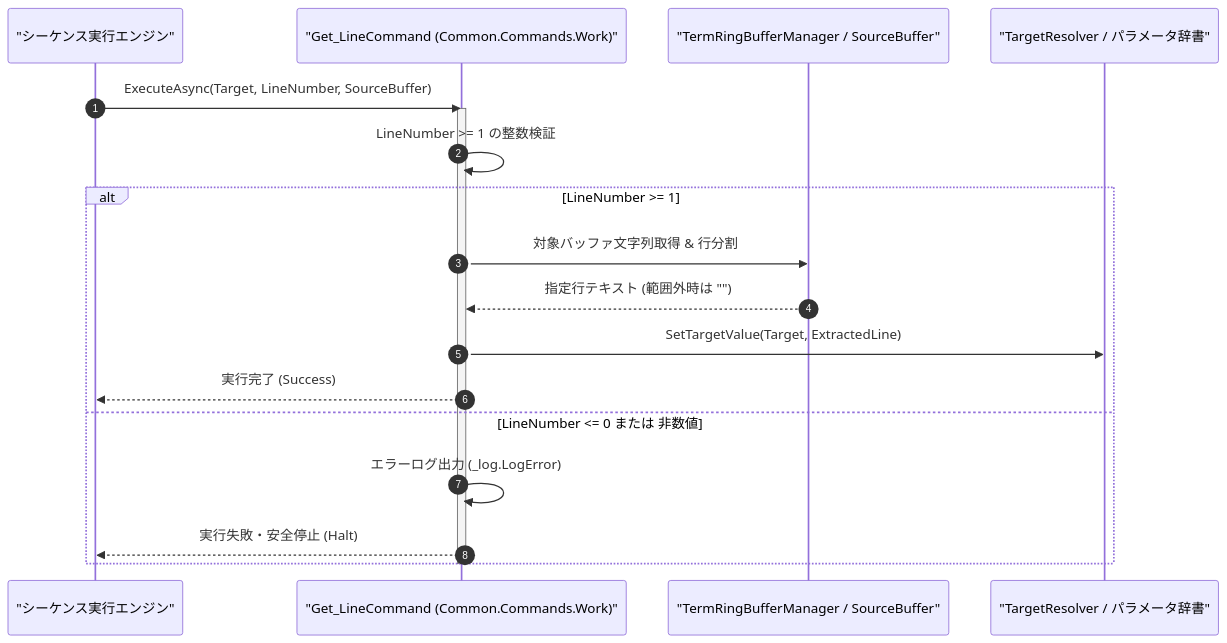
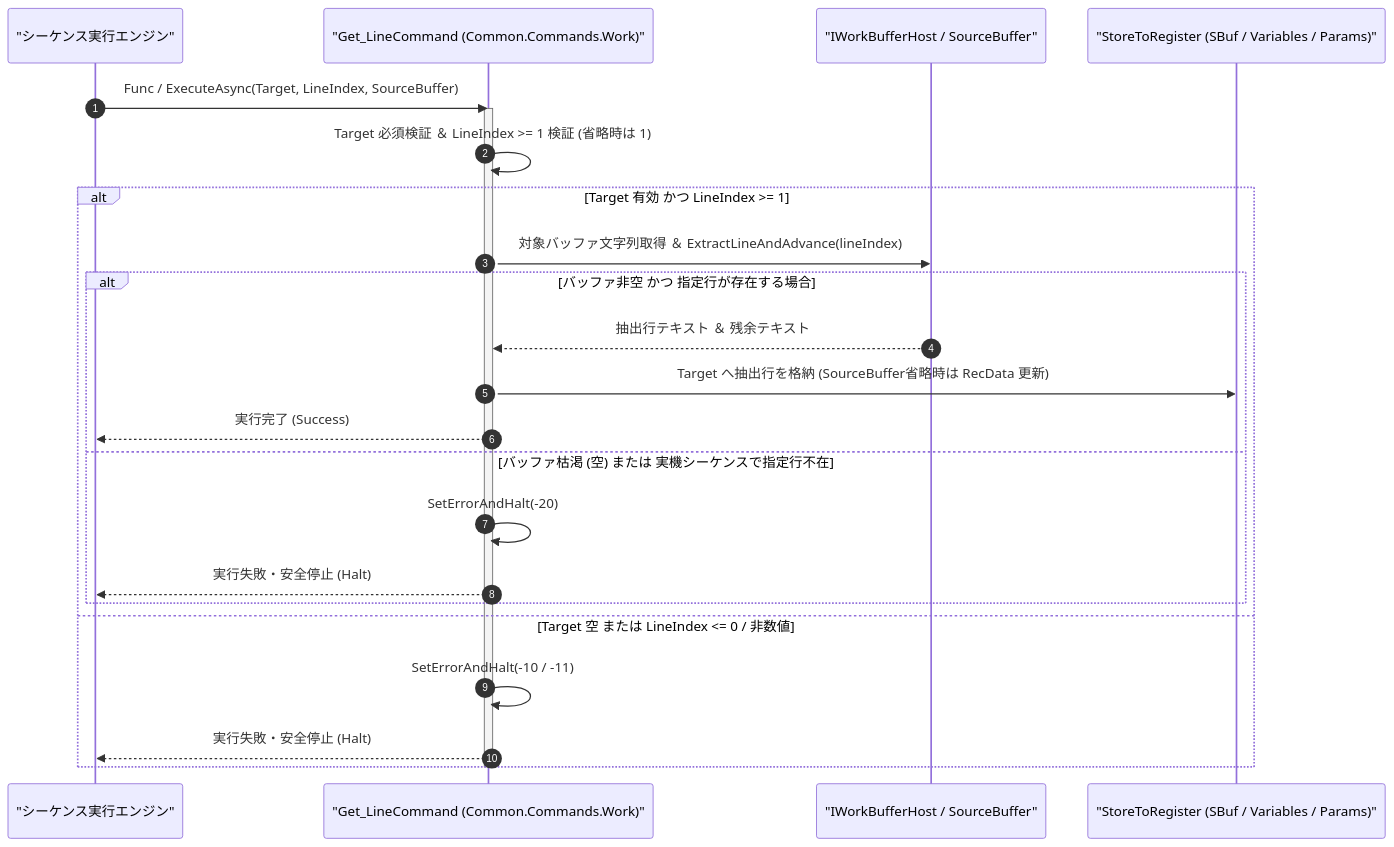
The diagram in Manual/Core/Work/Get_Line.Md (Monaca-App/TermAddIn), drawn with Mermaid before and after one commit. The commit also changed other lines of this file and 40 other files, not shown here.

````diff
--- a/Manual/Core/Work/Get_Line.Md
+++ b/Manual/Core/Work/Get_Line.Md
@@ -70,22 +73,27 @@
 ```mermaid
 sequenceDiagram
     autonumber
     participant Engine as "シーケンス実行エンジン"
     participant Cmd as "Get_LineCommand (Common.Commands.Work)"
-    participant Ring as "TermRingBufferManager / SourceBuffer"
-    participant Target as "TargetResolver / パラメータ辞書"
+    participant Buf as "IWorkBufferHost / SourceBuffer"
+    participant Reg as "StoreToRegister (SBuf / Variables / Params)"
 
-    Engine->>Cmd: ExecuteAsync(Target, LineNumber, SourceBuffer)
+    Engine->>Cmd: Func / ExecuteAsync(Target, LineIndex, SourceBuffer)
     activate Cmd
-    Cmd->>Cmd: LineNumber >= 1 の整数検証
-    alt LineNumber >= 1
-        Cmd->>Ring: 対象バッファ文字列取得 & 行分割
-        Ring-->>Cmd: 指定行テキスト (範囲外時は "")
-        Cmd->>Target: SetTargetValue(Target, ExtractedLine)
-        Cmd-->>Engine: 実行完了 (Success)
-    else LineNumber <= 0 または 非数値
-        Cmd->>Cmd: エラーログ出力 (_log.LogError)
+    Cmd->>Cmd: Target 必須検証 ＆ LineIndex >= 1 検証 (省略時は 1)
+    alt Target 有効 かつ LineIndex >= 1
+        Cmd->>Buf: 対象バッファ文字列取得 ＆ ExtractLineAndAdvance(lineIndex)
+        alt バッファ非空 かつ 指定行が存在する場合
+            Buf-->>Cmd: 抽出行テキスト ＆ 残余テキスト
+            Cmd->>Reg: Target へ抽出行を格納 (SourceBuffer省略時は RecData 更新)
+            Cmd-->>Engine: 実行完了 (Success)
+        else バッファ枯渇 (空) または 実機シーケンスで指定行不在
+            Cmd->>Cmd: SetErrorAndHalt(-20)
+            Cmd-->>Engine: 実行失敗・安全停止 (Halt)
+        end
+    else Target 空 または LineIndex <= 0 / 非数値
+        Cmd->>Cmd: SetErrorAndHalt(-10 / -11)
         Cmd-->>Engine: 実行失敗・安全停止 (Halt)
     end
     deactivate Cmd
 ```
````
